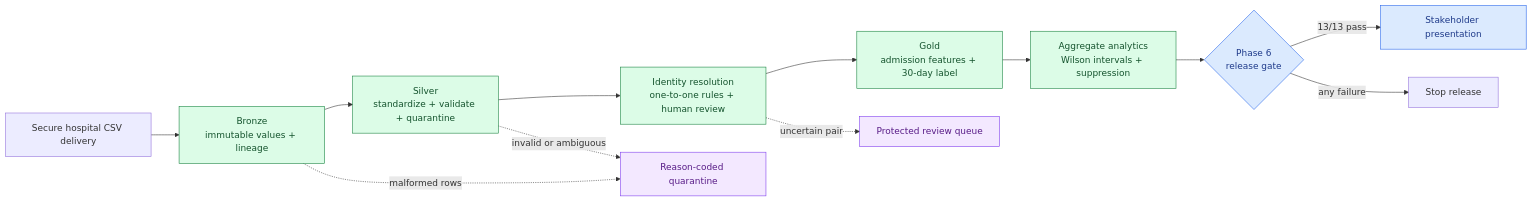
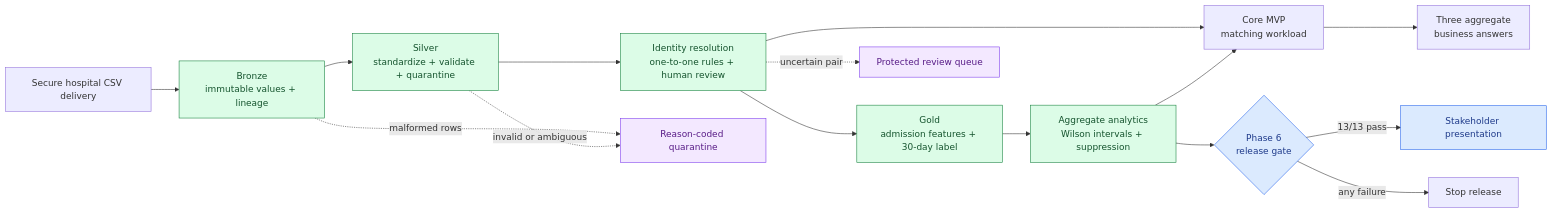
One commit to DevDataMLOps/Patientra changed the diagram in README.md. Above: the diagram before and after it, drawn with Mermaid. The commit also changed other lines of this file and 19 other files, not shown here.

First line of the commit message:
Add reproducible Core MVP business answers

````diff
--- a/README.md
+++ b/README.md
@@ -87,22 +91,25 @@
 ```mermaid
 flowchart LR
     A[Secure hospital CSV delivery] --> B[Bronze<br/>immutable values + lineage]
     B --> C[Silver<br/>standardize + validate + quarantine]
     C --> D[Identity resolution<br/>one-to-one rules + human review]
     D --> E[Gold<br/>admission features + 30-day label]
     E --> F[Aggregate analytics<br/>Wilson intervals + suppression]
+    D --> M[Core MVP<br/>matching workload]
+    F --> M
+    M --> J[Three aggregate<br/>business answers]
     F --> G{Phase 6<br/>release gate}
     G -->|13/13 pass| H[Stakeholder presentation]
     G -->|any failure| I[Stop release]
 
     B -. malformed rows .-> Q[Reason-coded quarantine]
     C -. invalid or ambiguous .-> Q
     D -. uncertain pair .-> R[Protected review queue]
 
     classDef trusted fill:#DCFCE7,stroke:#15803D,color:#14532D;
     classDef protected fill:#F3E8FF,stroke:#7C3AED,color:#581C87;
     classDef gate fill:#DBEAFE,stroke:#2563EB,color:#1E3A8A;
     class B,C,D,E,F trusted;
     class Q,R protected;
     class G,H gate;
 ```
````
